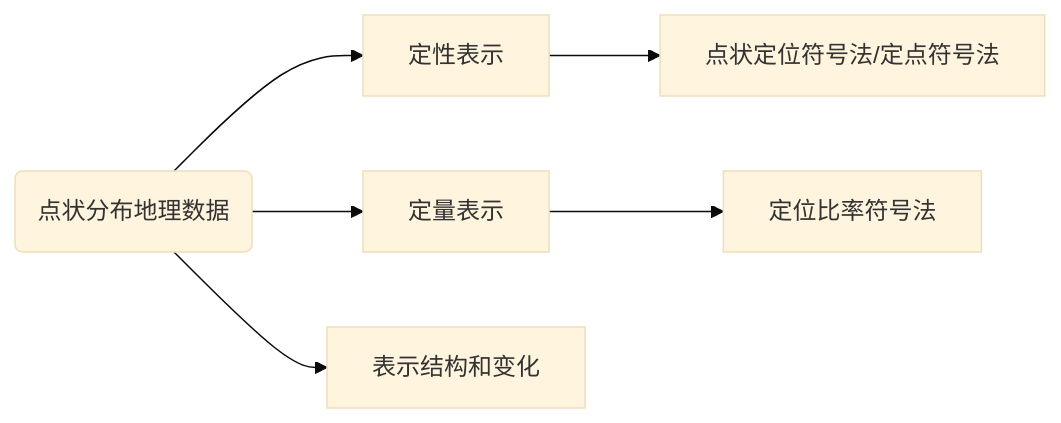
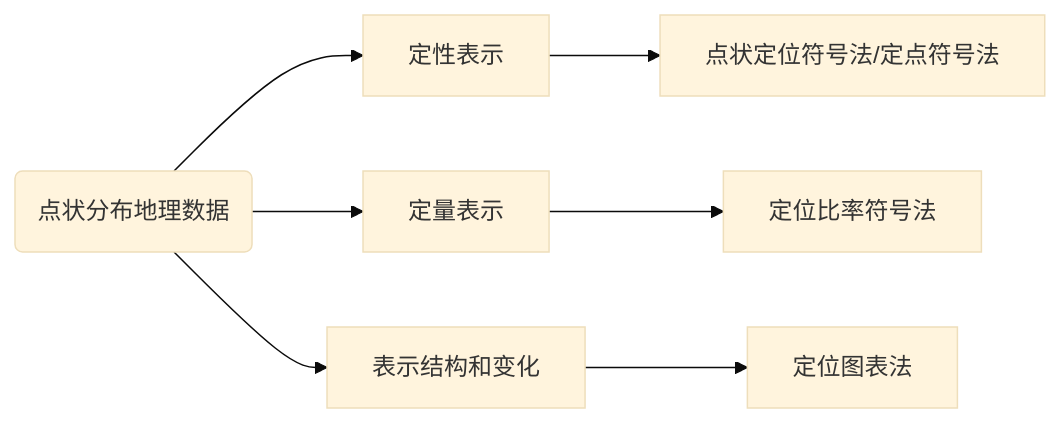
Diagram 11 of 12 in 地图学笔记.md (TeDaBaoXue/Cartography-Notes), drawn with Mermaid (base theme) before and after one commit. The commit also changed other lines of this file, not shown here.

````diff
--- a/地图学笔记.md
+++ b/地图学笔记.md
@@ -1240,7 +1240,7 @@
 ```mermaid
 graph LR
 A1(点状分布地理数据)-->B1[定性表示]-->C1[点状定位符号法/定点符号法]
 A1(点状分布地理数据)-->B2[定量表示]-->C2[定位比率符号法]
-A1(点状分布地理数据)-->B3[表示结构和变化]
+A1(点状分布地理数据)-->B3[表示结构和变化]-->C3[定位图表法]
 
 ```
````
